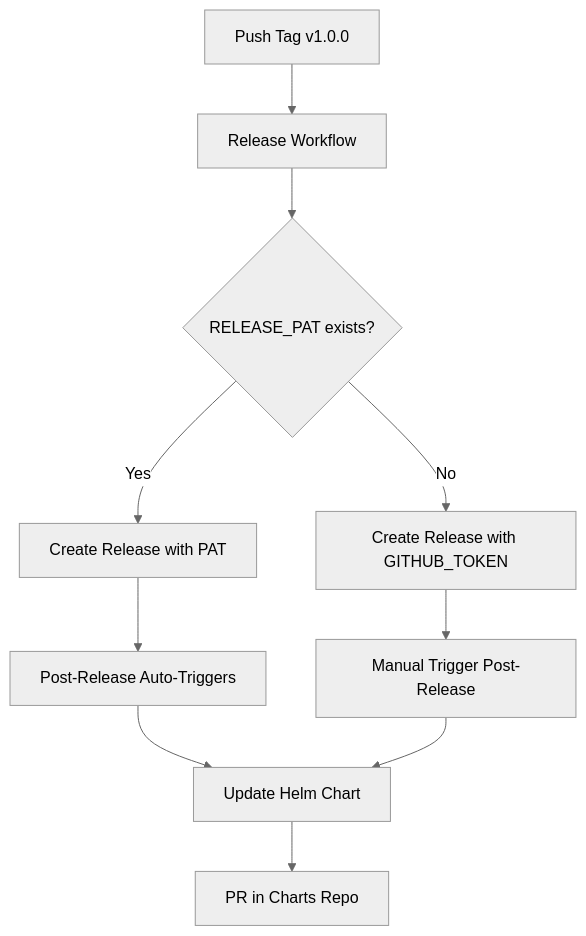
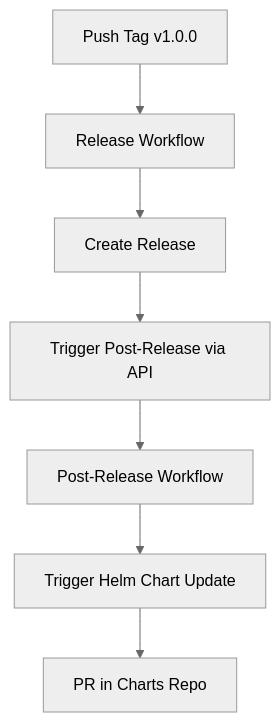
One commit to fredericrous/vault-transit-unseal-operator changed the diagram in .github/workflows/RELEASE_AUTOMATION.md. Above: the diagram before and after it, drawn with Mermaid (neutral theme). The commit also changed other lines of this file and 1 other file, not shown here.

Commit message:
fix: remove unnecessary RELEASE_PAT complexity, use explicit API trigger

````diff
--- a/.github/workflows/RELEASE_AUTOMATION.md
+++ b/.github/workflows/RELEASE_AUTOMATION.md
@@ -7,12 +7,9 @@
 ```mermaid
 graph TD
     A[Push Tag v1.0.0] --> B[Release Workflow]
-    B --> C{RELEASE_PAT exists?}
-    C -->|Yes| D[Create Release with PAT]
-    C -->|No| E[Create Release with GITHUB_TOKEN]
-    D --> F[Post-Release Auto-Triggers]
-    E --> G[Manual Trigger Post-Release]
-    F --> H[Update Helm Chart]
-    G --> H
-    H --> I[PR in Charts Repo]
+    B --> C[Create Release]
+    C --> D[Trigger Post-Release via API]
+    D --> E[Post-Release Workflow]
+    E --> F[Trigger Helm Chart Update]
+    F --> G[PR in Charts Repo]
 ```
````
